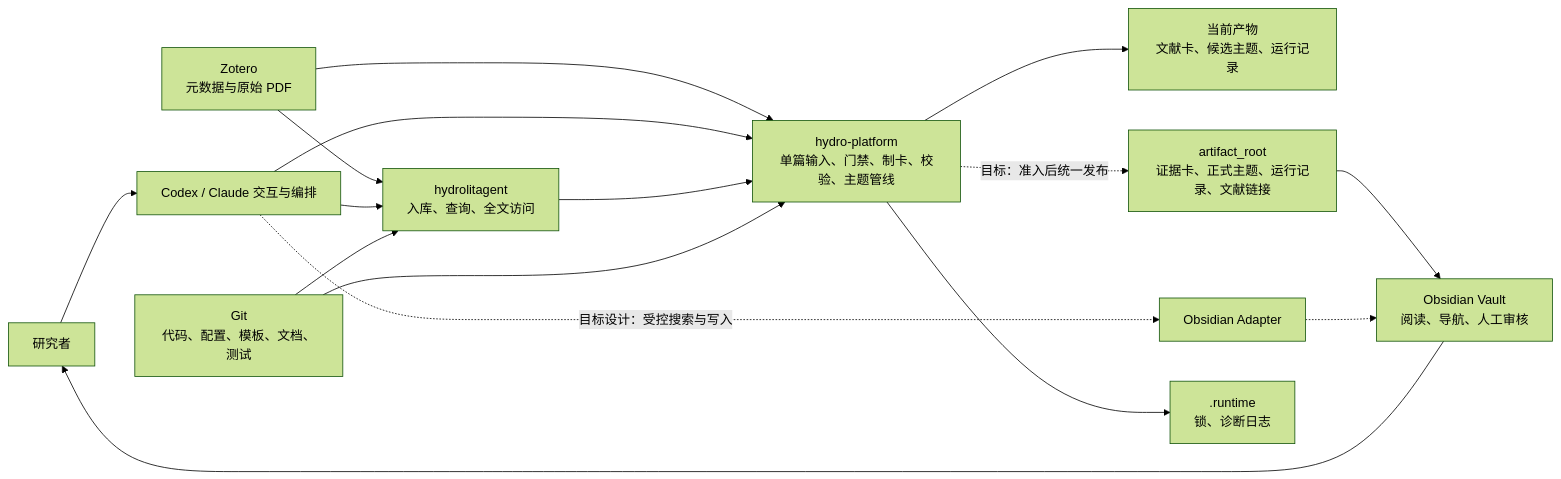
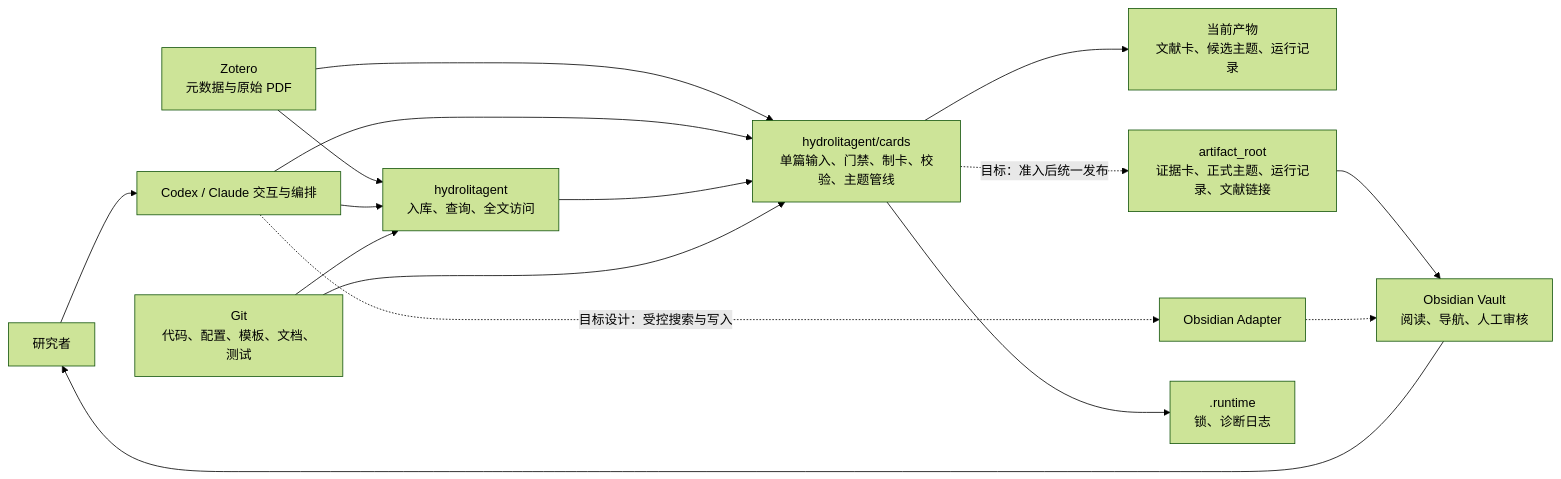
Before and after one commit to iHeadWater/mylibrary: the first of 3 diagrams in docs/development/platform/project-design.md, drawn with Mermaid (forest theme). The commit also changed other lines of this file and 17 other files, not shown here.

````diff
--- a/docs/development/platform/project-design.md
+++ b/docs/development/platform/project-design.md
@@ -14,18 +14,18 @@
 ```mermaid
 flowchart LR
     U[研究者] --> C[Codex / Claude 交互与编排]
     Z[Zotero<br/>元数据与原始 PDF] --> H[hydrolitagent<br/>入库、查询、全文访问]
-    Z --> P[hydro-platform<br/>单篇输入、门禁、制卡、校验、主题管线]
+    Z --> P[hydrolitagent/cards<br/>单篇输入、门禁、制卡、校验、主题管线]
     C --> H
     C --> P
     H --> P
     P --> A[当前产物<br/>文献卡、候选主题、运行记录]
     P -. 目标：准入后统一发布 .-> V[artifact_root<br/>证据卡、正式主题、运行记录、文献链接]
     V --> O[Obsidian Vault<br/>阅读、导航、人工审核]
     O --> U
     C -. 目标设计：受控搜索与写入 .-> OA[Obsidian Adapter]
     OA -.-> O
     P --> R[.runtime<br/>锁、诊断日志]
     G[Git<br/>代码、配置、模板、文档、测试] --> H
     G --> P
 ```
````
